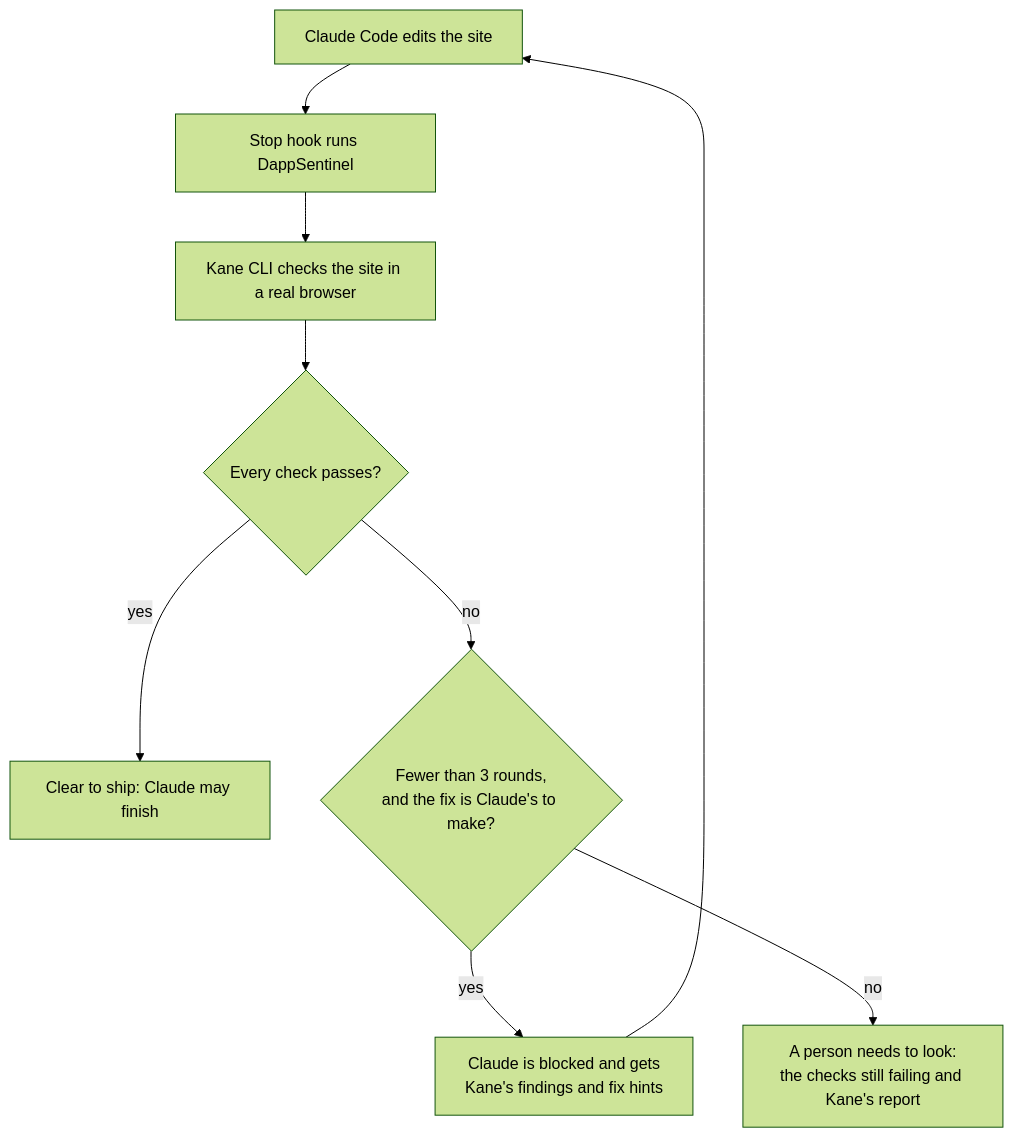
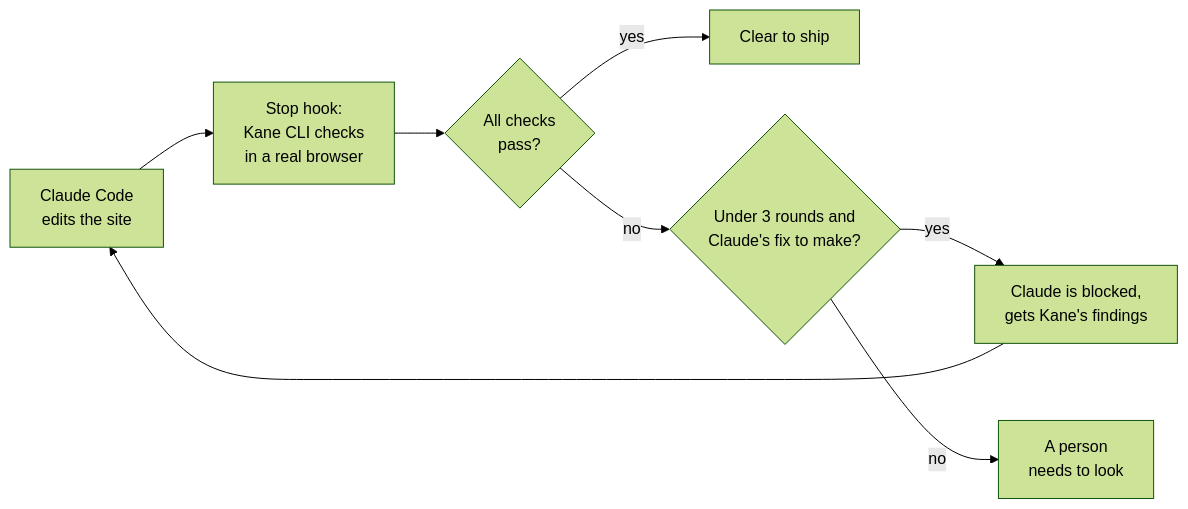
Before and after one commit to Guzman0/DappSentinel: the diagram in README.md, drawn with Mermaid (forest theme). The commit also changed other lines of this file, not shown here.

Commit message:
README: wider, shorter loop diagram; hook message readable without side-scrolling

````diff
--- a/README.md
+++ b/README.md
@@ -194,11 +194,10 @@
 ```mermaid
-flowchart TD
-    A["Claude Code edits the site"] --> B["Stop hook runs DappSentinel"]
-    B --> C["Kane CLI checks the site in a real browser"]
-    C --> D{"Every check passes?"}
-    D -- yes --> E["Clear to ship: Claude may finish"]
-    D -- no --> F{"Fewer than 3 rounds,<br/>and the fix is Claude's to make?"}
-    F -- yes --> G["Claude is blocked and gets<br/>Kane's findings and fix hints"]
+flowchart LR
+    A["Claude Code<br/>edits the site"] --> C["Stop hook:<br/>Kane CLI checks<br/>in a real browser"]
+    C --> D{"All checks<br/>pass?"}
+    D -- yes --> E["Clear to ship"]
+    D -- no --> F{"Under 3 rounds and<br/>Claude's fix to make?"}
+    F -- yes --> G["Claude is blocked,<br/>gets Kane's findings"]
     G --> A
-    F -- no --> H["A person needs to look:<br/>the checks still failing and Kane's report"]
+    F -- no --> H["A person<br/>needs to look"]
 ```
````
